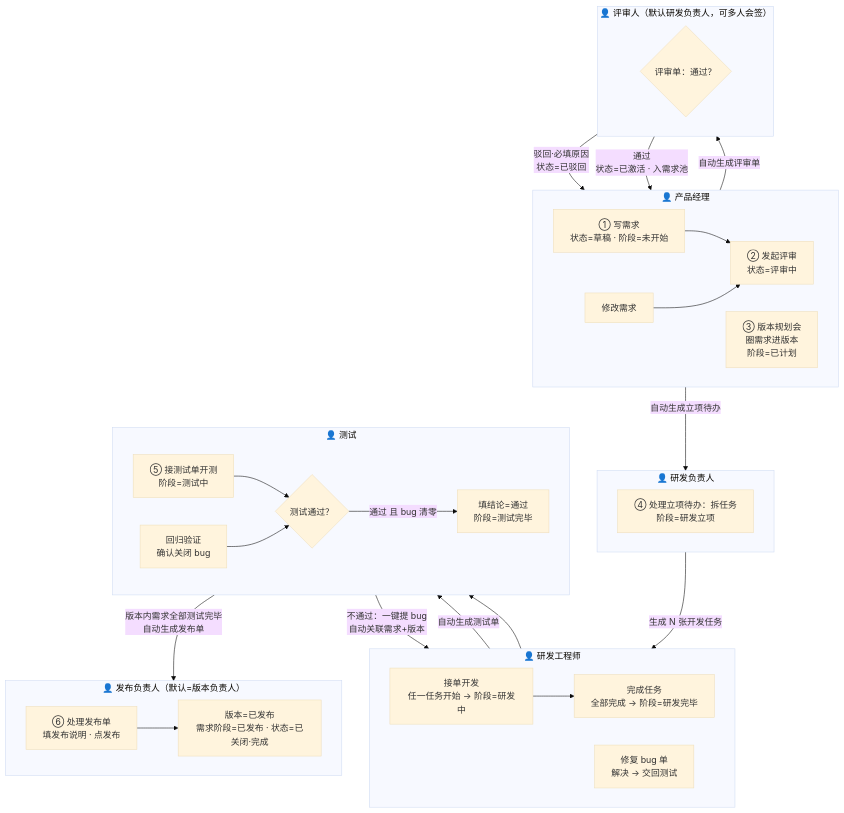
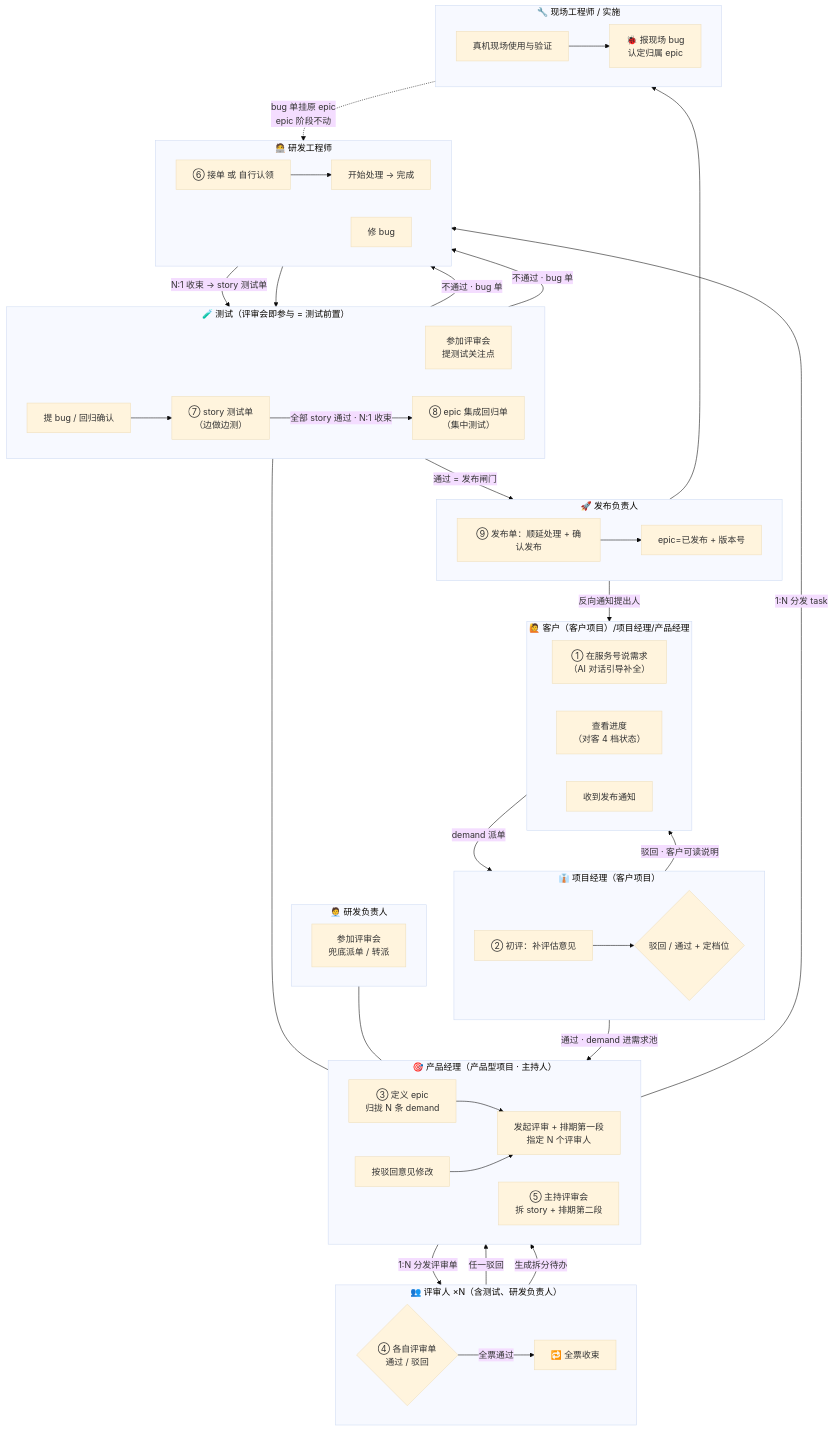
One commit to dhualai/OpenRobotService changed the third of 14 diagrams in docs/PRODUCT/需求流转与版本管理设计方案.md. Above: the diagram before and after it, drawn with Mermaid (base theme). The commit also changed other lines of this file, not shown here.

````diff
--- a/docs/PRODUCT/需求流转与版本管理设计方案.md
+++ b/docs/PRODUCT/需求流转与版本管理设计方案.md
@@ -163,51 +273,79 @@
 ```mermaid
 flowchart TB
-    subgraph LPM["👤 产品经理"]
+    subgraph L1["🙋 客户（客户项目）/项目经理/产品经理"]
         direction LR
-        P1["① 写需求<br/>状态=草稿 · 阶段=未开始"]
-        P2["② 发起评审<br/>状态=评审中"]
-        PX["修改需求"]
-        P3["③ 版本规划会<br/>圈需求进版本<br/>阶段=已计划"]
+        C1["① 在服务号说需求<br/>（AI 对话引导补全）"]
+        C2["查看进度<br/>（对客 4 档状态）"]
+        C3["收到发布通知"]
     end
 
-    subgraph LRV["👤 评审人（默认研发负责人，可多人会签）"]
+    subgraph L2["👔 项目经理（客户项目）"]
         direction LR
-        R1{"评审单：通过？"}
+        M1["② 初评：补评估意见"]
+        M2{"驳回 / 通过 + 定档位"}
     end
 
-    subgraph LDL["👤 研发负责人"]
+    subgraph L3["🎯 产品经理（产品型项目 · 主持人）"]
         direction LR
-        D1["④ 处理立项待办：拆任务<br/>阶段=研发立项"]
+        P1["③ 定义 epic<br/>归拢 N 条 demand"]
+        P2["发起评审 + 排期第一段<br/>指定 N 个评审人"]
+        PX["按驳回意见修改"]
+        P3["⑤ 主持评审会<br/>拆 story + 排期第二段"]
     end
 
-    subgraph LDEV["👤 研发工程师"]
+    subgraph L4["👥 评审人 ×N（含测试、研发负责人）"]
         direction LR
-        D2["接单开发<br/>任一任务开始 → 阶段=研发中"]
-        D3["完成任务<br/>全部完成 → 阶段=研发完毕"]
-        D4["修复 bug 单<br/>解决 → 交回测试"]
+        R1{"④ 各自评审单<br/>通过 / 驳回"}
+        R2["🔁 全票收束"]
     end
 
-    subgraph LQA["👤 测试"]
+    subgraph L5["🧑‍💼 研发负责人"]
         direction LR
-        T1["⑤ 接测试单开测<br/>阶段=测试中"]
-        T2{"测试通过？"}
-        T3["回归验证<br/>确认关闭 bug"]
-        T4["填结论=通过<br/>阶段=测试完毕"]
+        D0["参加评审会<br/>兜底派单 / 转派"]
     end
 
-    subgraph LREL["👤 发布负责人（默认=版本负责人）"]
+    subgraph L6["🧑‍💻 研发工程师"]
         direction LR
-        F1["⑥ 处理发布单<br/>填发布说明 · 点发布"]
-        F2["版本=已发布<br/>需求阶段=已发布 · 状态=已关闭·完成"]
+        E1["⑥ 接单 或 自行认领"]
+        E2["开始处理 → 完成"]
+        E3["修 bug"]
     end
 
-    P1 --> P2 -->|"自动生成评审单"| R1
-    R1 -->|"驳回·必填原因<br/>状态=已驳回"| PX --> P2
-    R1 -->|"通过<br/>状态=已激活 · 入需求池"| P3
-    P3 -->|"自动生成立项待办"| D1
-    D1 -->|"生成 N 张开发任务"| D2 --> D3
-    D3 -->|"自动生成测试单"| T1 --> T2
-    T2 -->|"不通过：一键提 bug<br/>自动关联需求+版本"| D4 --> T3 --> T2
-    T2 -->|"通过 且 bug 清零"| T4
-    T4 -->|"版本内需求全部测试完毕<br/>自动生成发布单"| F1 --> F2
+    subgraph L7["🧪 测试（评审会即参与 = 测试前置）"]
+        direction LR
+        Q0["参加评审会<br/>提测试关注点"]
+        Q1["⑦ story 测试单<br/>（边做边测）"]
+        Q2["⑧ epic 集成回归单<br/>（集中测试）"]
+        Q3["提 bug / 回归确认"]
+    end
+
+    subgraph L8["🚀 发布负责人"]
+        direction LR
+        F1["⑨ 发布单：顺延处理 + 确认发布"]
+        F2["epic=已发布 + 版本号"]
+    end
+
+    subgraph L9["🔧 现场工程师 / 实施"]
+        direction LR
+        G1["真机现场使用与验证"]
+        G2["🐞 报现场 bug<br/>认定归属 epic"]
+    end
+
+    C1 -->|"demand 派单"| M1 --> M2
+    M2 -->|"驳回 · 客户可读说明"| C2
+    M2 -->|"通过 · demand 进需求池"| P1 --> P2
+    P2 -->|"1:N 分发评审单"| R1
+    R1 -->|"任一驳回"| PX --> P2
+    R1 -->|"全票通过"| R2 -->|"生成拆分待办"| P3
+    D0 --- P3
+    Q0 --- P3
+    P3 -->|"1:N 分发 task"| E1 --> E2
+    E2 -->|"N:1 收束 → story 测试单"| Q1
+    Q1 -->|"不通过 · bug 单"| E3 --> Q3 --> Q1
+    Q1 -->|"全部 story 通过 · N:1 收束"| Q2
+    Q2 -->|"不通过 · bug 单"| E3
+    Q2 -->|"通过 = 发布闸门"| F1 --> F2
+    F2 -->|"反向通知提出人"| C3
+    F2 --> G1 --> G2
+    G2 -.->|"bug 单挂原 epic<br/>epic 阶段不动"| E3
 ```
````
